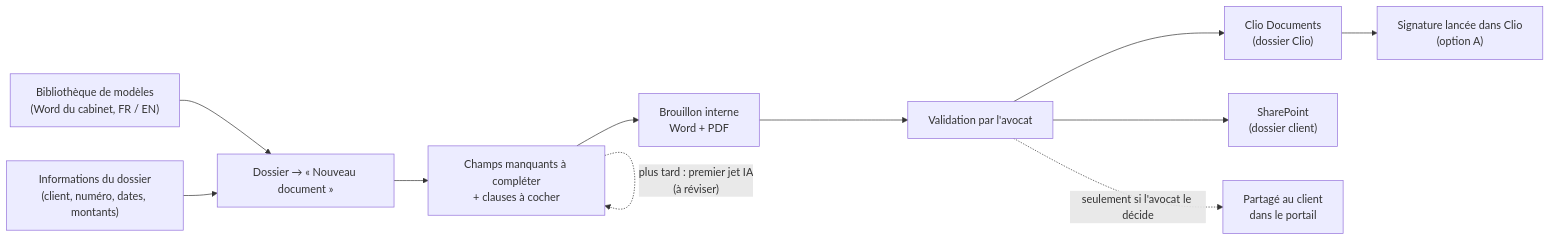
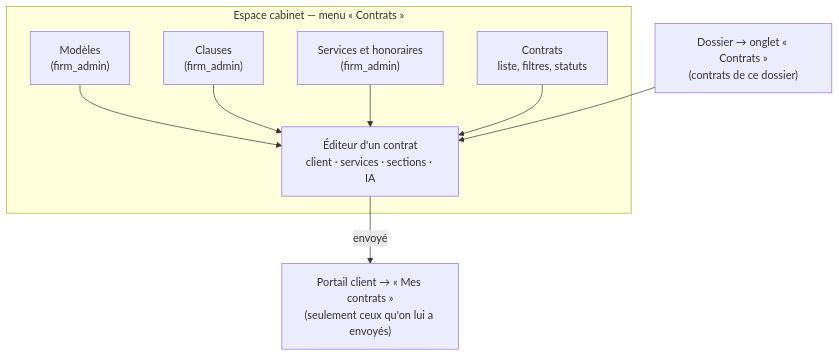
Before and after one commit to gestionsmartegy-create/lex-portal: the first of 2 diagrams in docs/plan-contrats.md, drawn with Mermaid. The commit also changed other lines of this file and 1 other file, not shown here.

First line of the commit message:
docs: plan des contrats v2 et user stories F1 à F14

````diff
--- a/docs/plan-contrats.md
+++ b/docs/plan-contrats.md
@@ -15,13 +18,18 @@
 ```mermaid
-flowchart LR
-  A["Bibliothèque de modèles<br/>(Word du cabinet, FR / EN)"] --> B["Dossier → « Nouveau document »"]
-  C["Informations du dossier<br/>(client, numéro, dates, montants)"] --> B
-  B --> D["Champs manquants à compléter<br/>+ clauses à cocher"]
-  D -. "plus tard : premier jet IA<br/>(à réviser)" .-> D
-  D --> E["Brouillon interne<br/>Word + PDF"]
-  E --> F["Validation par l'avocat"]
-  F --> G["Clio Documents<br/>(dossier Clio)"]
-  F --> H["SharePoint<br/>(dossier client)"]
-  G --> I["Signature lancée dans Clio<br/>(option A)"]
-  F -. "seulement si l'avocat le décide" .-> J["Partagé au client<br/>dans le portail"]
+flowchart TB
+  subgraph Cabinet["Espace cabinet — menu « Contrats »"]
+    L["Contrats<br/>liste, filtres, statuts"]
+    E["Éditeur d'un contrat<br/>client · services · sections · IA"]
+    M["Modèles<br/>(firm_admin)"]
+    C["Clauses<br/>(firm_admin)"]
+    S["Services et honoraires<br/>(firm_admin)"]
+  end
+  D["Dossier → onglet « Contrats »<br/>(contrats de ce dossier)"]
+  P["Portail client → « Mes contrats »<br/>(seulement ceux qu'on lui a envoyés)"]
+  M --> E
+  C --> E
+  S --> E
+  L --> E
+  D --> E
+  E -- "envoyé" --> P
 ```
````
